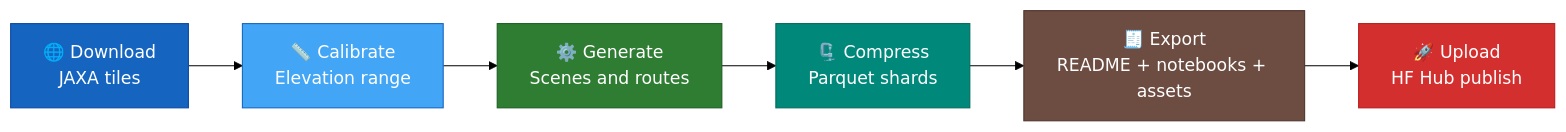
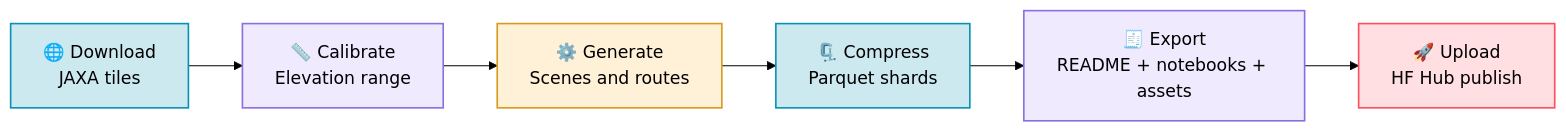
One commit to ThalesGroup/passage changed the diagram in docs/guide/index.md. Above: the diagram before and after it, drawn with Mermaid (forest theme). The commit also changed 10 other files, not shown here.

First line of the commit message:
Docs: alpine dusk palette, zoomable Mermaid diagrams in site colours

````diff
--- a/docs/guide/index.md
+++ b/docs/guide/index.md
@@ -32,15 +32,15 @@
 ```mermaid
 flowchart LR
     A["🌐 Download<br>JAXA tiles"] --> B["📏 Calibrate<br>Elevation range"]
     B --> C["⚙️ Generate<br>Scenes and routes"]
     C --> D["🗜️ Compress<br>Parquet shards"]
     D --> E["🧾 Export<br>README + notebooks + assets"]
     E --> F["🚀 Upload<br>HF Hub publish"]
 
-    style A fill:#1565C0,color:#fff,stroke:#0D47A1
-    style B fill:#42A5F5,color:#fff,stroke:#1565C0
-    style C fill:#2E7D32,color:#fff,stroke:#1B5E20
-    style D fill:#00897B,color:#fff,stroke:#00695C
-    style E fill:#6D4C41,color:#fff,stroke:#4E342E
-    style F fill:#D32F2F,color:#fff,stroke:#B71C1C
+    style A fill:#0891b233,stroke:#0891b2,stroke-width:1.5px
+    style B fill:#a78bfa2e,stroke:#8b6fe0,stroke-width:1.5px
+    style C fill:#ffb93833,stroke:#d99a1b,stroke-width:1.5px
+    style D fill:#0891b233,stroke:#0891b2,stroke-width:1.5px
+    style E fill:#a78bfa2e,stroke:#8b6fe0,stroke-width:1.5px
+    style F fill:#ff4d5e2e,stroke:#ff4d5e,stroke-width:1.5px
 ```
````
